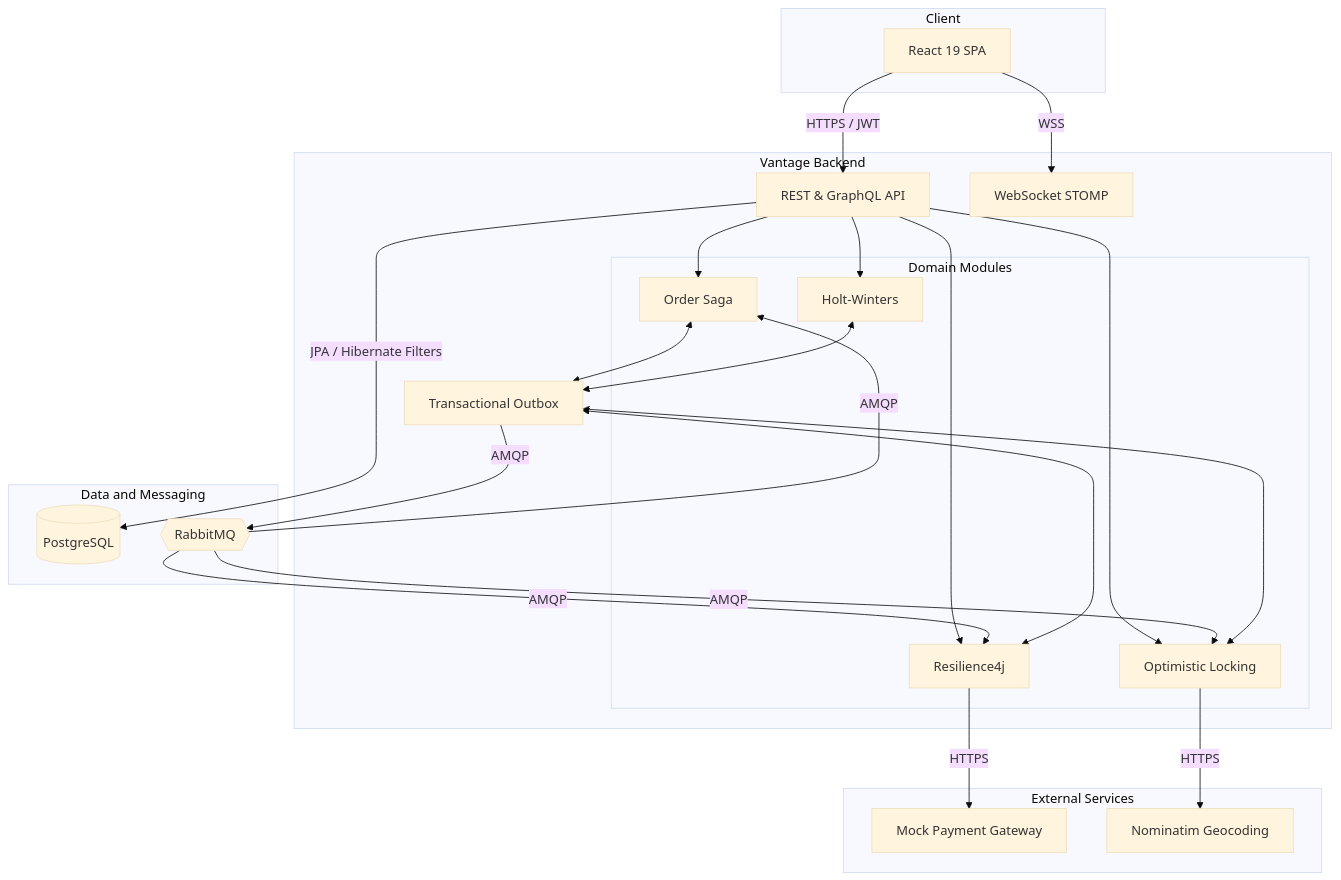
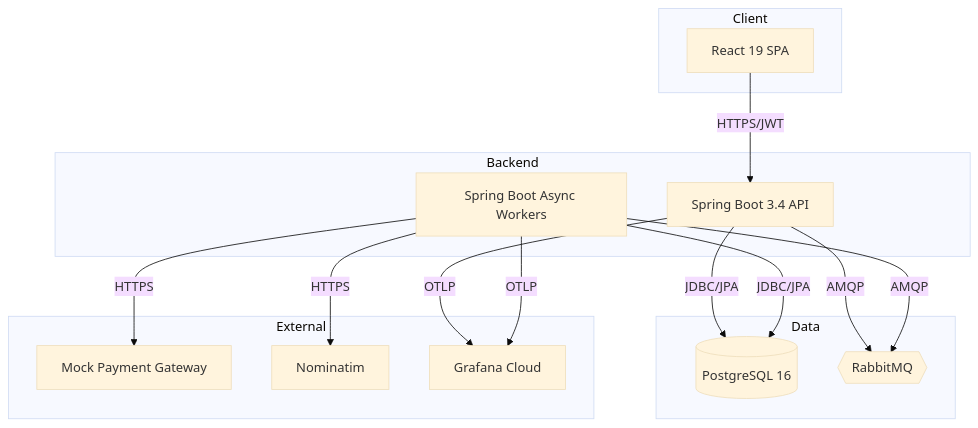
One commit to elcoosp/vantage changed the diagram in README.md. Above: the diagram before and after it, drawn with Mermaid (base theme). The commit also changed other lines of this file, not shown here.

````diff
--- a/README.md
+++ b/README.md
@@ -35,52 +19,32 @@
 ```mermaid
-graph TD
+graph TB
     subgraph Client
         React[React 19 SPA]
     end
 
-    subgraph Vantage Backend
-        API[REST & GraphQL API]
-        WS[WebSocket STOMP]
-
-        subgraph Domain Modules
-            Order[Order Saga]
-            Inventory[Optimistic Locking]
-            Payment[Resilience4j]
-            Analytics[Holt-Winters]
-        end
-
-        Outbox[Transactional Outbox]
+    subgraph Backend
+        API[Spring Boot 3.4 API]
+        Worker[Spring Boot Async Workers]
     end
 
-    subgraph Data and Messaging
-        PG[(PostgreSQL)]
+    subgraph Data
+        PG[(PostgreSQL 16)]
         RMQ{{RabbitMQ}}
     end
 
-    subgraph External Services
+    subgraph External
         Pay[Mock Payment Gateway]
-        Geo[Nominatim Geocoding]
+        Geo[Nominatim]
+        Grafana[Grafana Cloud]
     end
 
-    React -->|HTTPS / JWT| API
-    React -->|WSS| WS
-
-    API -->|JPA / Hibernate Filters| PG
-    API --> Order
-    API --> Inventory
-    API --> Payment
-    API --> Analytics
-
-    Order <--> Outbox
-    Inventory <--> Outbox
-    Payment <--> Outbox
-    Analytics <--> Outbox
-
-    Outbox -->|AMQP| RMQ
-    RMQ -->|AMQP| Order
-    RMQ -->|AMQP| Inventory
-    RMQ -->|AMQP| Payment
-
-    Payment -->|HTTPS| Pay
-    Inventory -->|HTTPS| Geo
+    React -- HTTPS/JWT --> API
+    API -- JDBC/JPA --> PG
+    API -- AMQP --> RMQ
+    Worker -- AMQP --> RMQ
+    Worker -- JDBC/JPA --> PG
+    Worker -- HTTPS --> Pay
+    Worker -- HTTPS --> Geo
+    API -- OTLP --> Grafana
+    Worker -- OTLP --> Grafana
 ```
````
